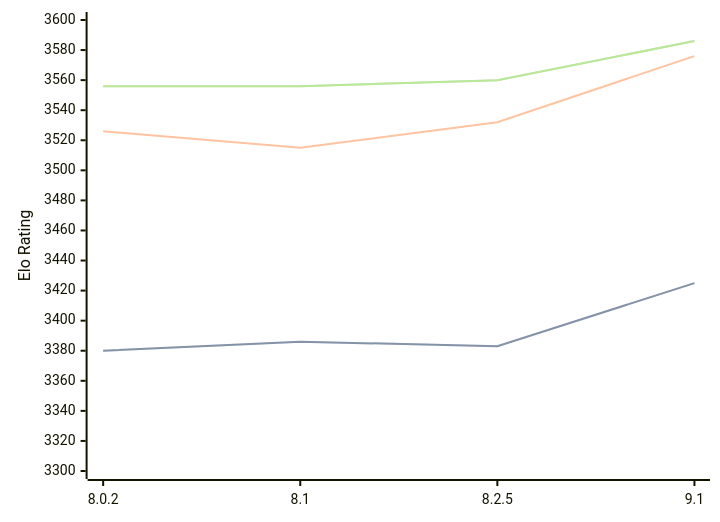
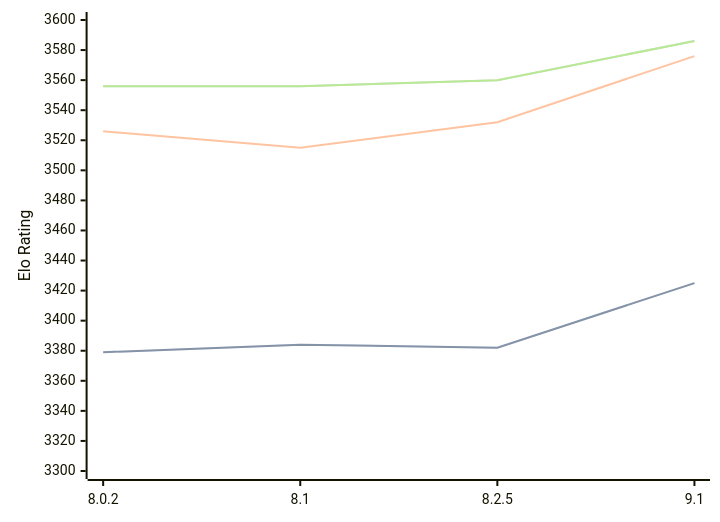
One commit to computer-chess-index/cci changed the diagram in engines/Clover.md. Above: the diagram before and after it, drawn with Mermaid. The commit also changed other lines of this file, not shown here.

````diff
--- a/engines/Clover.md
+++ b/engines/Clover.md
@@ -62,11 +62,11 @@
 ```mermaid
 %%{init: {"theme":"base","themeVariables":{"seriesColors:['#a3a3a3','#222221','#faa371']}}}%%
 xychart-beta
   x-axis ["8.0.2", "8.1", "8.2.5", "9.1"]
   y-axis "Elo Rating" 3300 --> 3600
-  line "STC (8.0+0.08s)" [3380, 3386, 3383, 3425]
-  line "STC (8.0+0.08s)" [3380, 3386, 3383, 3425]
+  line "STC (8.0+0.08s)" [3379, 3384, 3382, 3425]
+  line "STC (8.0+0.08s)" [3379, 3384, 3382, 3425]
   line "LTC (60.0+0.60s)" [3526, 3515, 3532, 3576]
   line "VLTC (2m24s+1.12s)" [3556, 3556, 3560, 3586]
   line "VLTC (2m24s+1.12s)" [3556, 3556, 3560, 3586]
 ```
````
